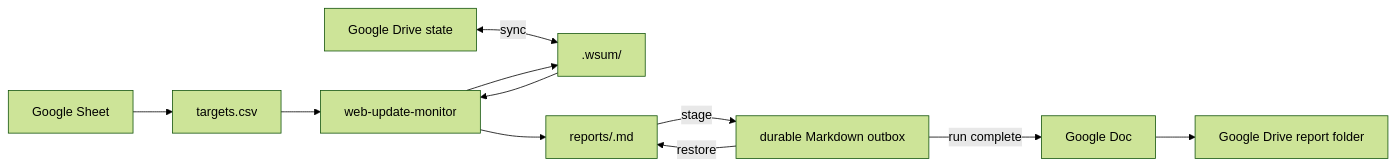
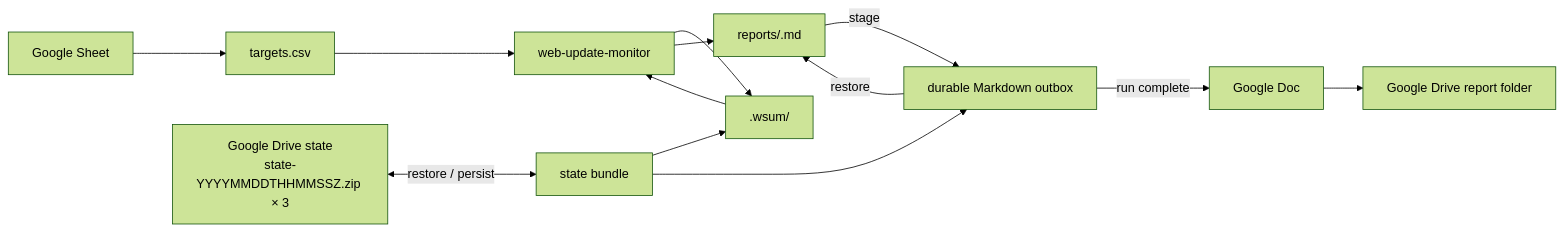
One commit to dceoy/wsum changed the first of 2 diagrams in README.md. Above: the diagram before and after it, drawn with Mermaid (forest theme). The commit also changed other lines of this file and 1 other file, not shown here.

Commit message:
Use timestamped three-generation ZIP state for Google Workspace (#50)
* Use two-slot ZIP state for GWS persistence

* Document two-slot GWS state bundles

* Use timestamped two-generation GWS state archives

* Document timestamped GWS state retention

* Remove GWS state pointer from architecture

* Retain three GWS state generations

* Document three-generation GWS retention

* Address GWS state review findings

* Clarify three-generation rollback handling

* fix(gws): make state generation timestamps monotonic

````diff
--- a/README.md
+++ b/README.md
@@ -23,13 +23,15 @@
 ```mermaid
 flowchart LR
     GS["Google Sheet"] --> CSV["targets.csv"]
-    DS["Google Drive state"] <-->|sync| STATE[".wsum/"]
+    DS["Google Drive state<br/>state-YYYYMMDDTHHMMSSZ.zip × 3"] <-->|restore / persist| BUNDLE["state bundle"]
+    BUNDLE --> STATE[".wsum/"]
+    BUNDLE --> OUT["durable Markdown outbox"]
     CSV --> CORE["web-update-monitor"]
     STATE --> CORE
     CORE --> STATE
     CORE --> REPORT["reports/<run-id>.md"]
-    OUT["durable Markdown outbox"] -->|restore| REPORT
+    OUT -->|restore| REPORT
     REPORT -->|stage| OUT
     OUT -->|run complete| GDOC["Google Doc"]
     GDOC --> DR["Google Drive report folder"]
 ```
````
